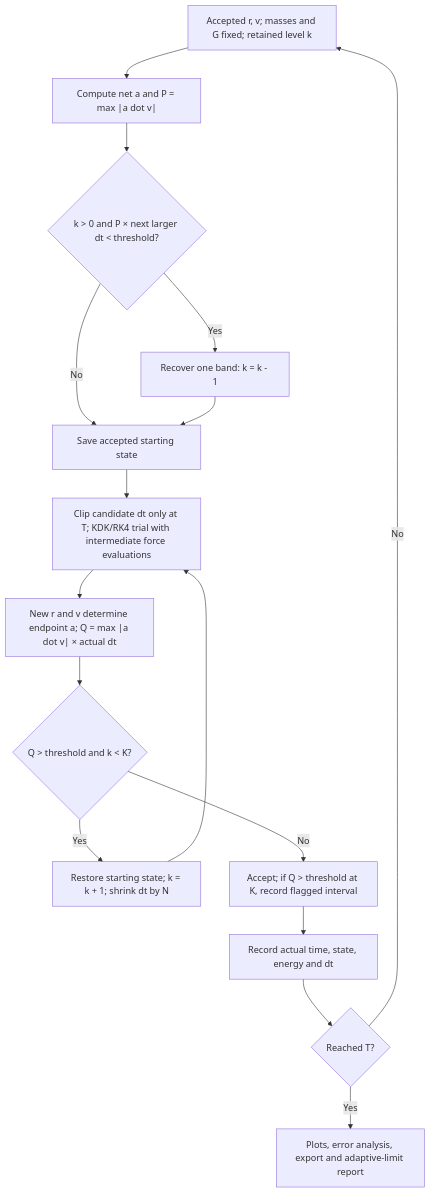
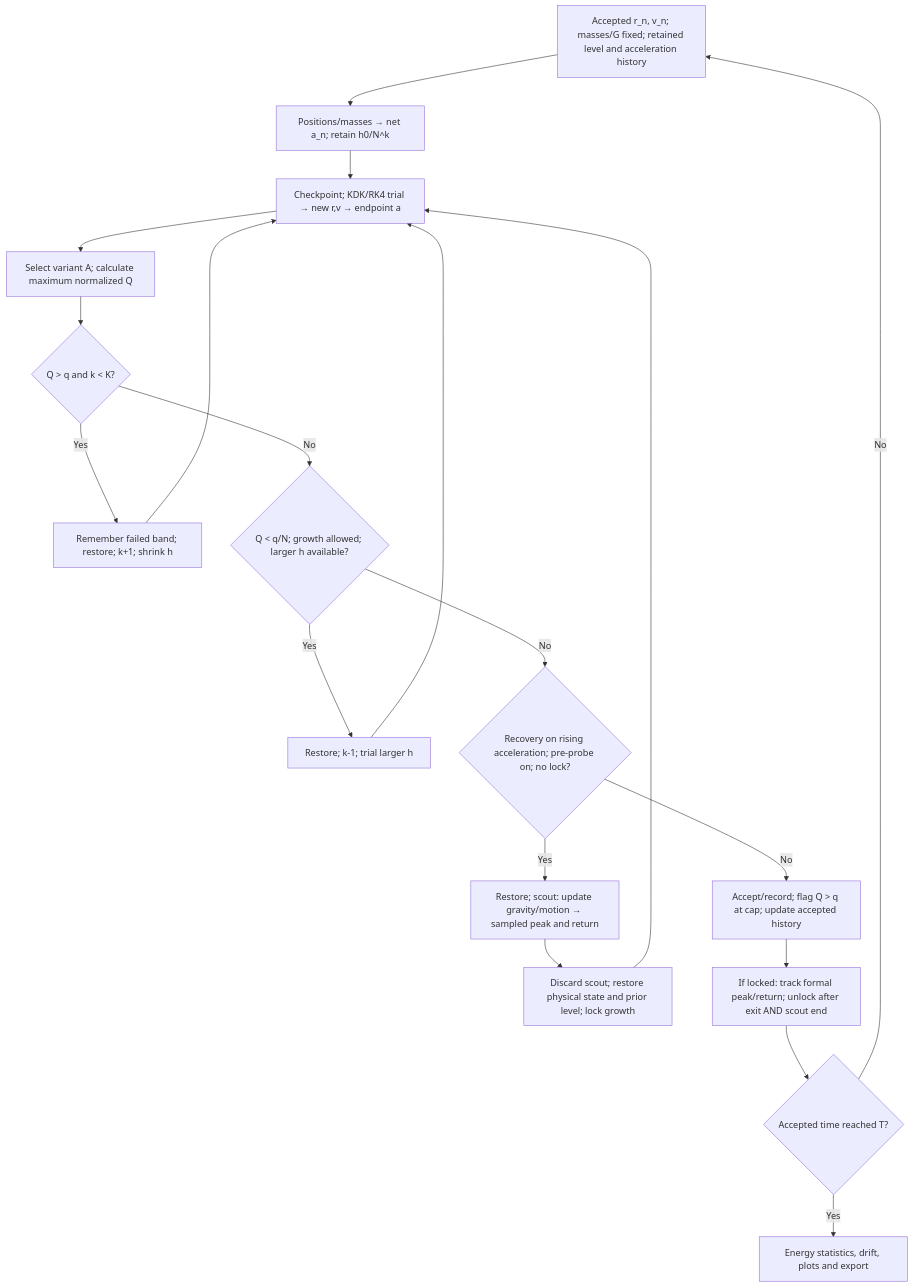
The diagram in docs/adaptive-stepping.md (Charlie-Zhao-666/N-Body-Simulation), drawn with Mermaid before and after one commit. The commit also changed other lines of this file and 2 other files, not shown here.

First line of the commit message:
Explain Work scale variants and pre-probe

````diff
--- a/docs/adaptive-stepping.md
+++ b/docs/adaptive-stepping.md
@@ -29,18 +59,21 @@
 ```mermaid
 flowchart TD
-    A["Accepted r, v; masses and G fixed; retained level k"] --> B["Compute net a and P = max |a dot v|"]
-    B --> C{"k > 0 and P × next larger dt < threshold?"}
-    C -- Yes --> D["Recover one band: k = k - 1"]
-    C -- No --> E["Save accepted starting state"]
-    D --> E
-    E --> F["Clip candidate dt only at T; KDK/RK4 trial with intermediate force evaluations"]
-    F --> G["New r and v determine endpoint a; Q = max |a dot v| × actual dt"]
-    G --> H{"Q > threshold and k < K?"}
-    H -- Yes --> I["Restore starting state; k = k + 1; shrink dt by N"]
-    I --> F
-    H -- No --> J["Accept; if Q > threshold at K, record flagged interval"]
-    J --> L["Record actual time, state, energy and dt"]
-    L --> M{"Reached T?"}
-    M -- No --> A
-    M -- Yes --> Z["Plots, error analysis, export and adaptive-limit report"]
+    A["Accepted r_n, v_n; masses/G fixed; retained level and acceleration history"] --> B["Positions/masses → net a_n; retain h0/N^k"]
+    B --> C["Checkpoint; KDK/RK4 trial → new r,v → endpoint a"]
+    C --> D["Select variant A; calculate maximum normalized Q"]
+    D --> E{"Q > q and k < K?"}
+    E -- Yes --> F["Remember failed band; restore; k+1; shrink h"]
+    F --> C
+    E -- No --> G{"Q < q/N; growth allowed; larger h available?"}
+    G -- Yes --> H["Restore; k-1; trial larger h"]
+    H --> C
+    G -- No --> I{"Recovery on rising acceleration; pre-probe on; no lock?"}
+    I -- Yes --> J["Restore; scout: update gravity/motion → sampled peak and return"]
+    J --> L["Discard scout; restore physical state and prior level; lock growth"]
+    L --> C
+    I -- No --> M["Accept/record; flag Q > q at cap; update accepted history"]
+    M --> N["If locked: track formal peak/return; unlock after exit AND scout end"]
+    N --> O{"Accepted time reached T?"}
+    O -- No --> A
+    O -- Yes --> P["Energy statistics, drift, plots and export"]
 ```
````
